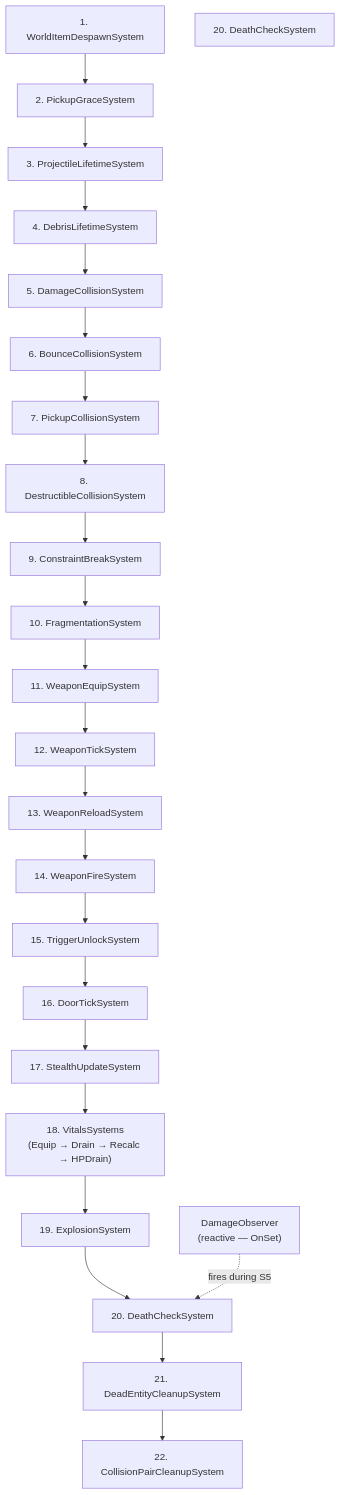
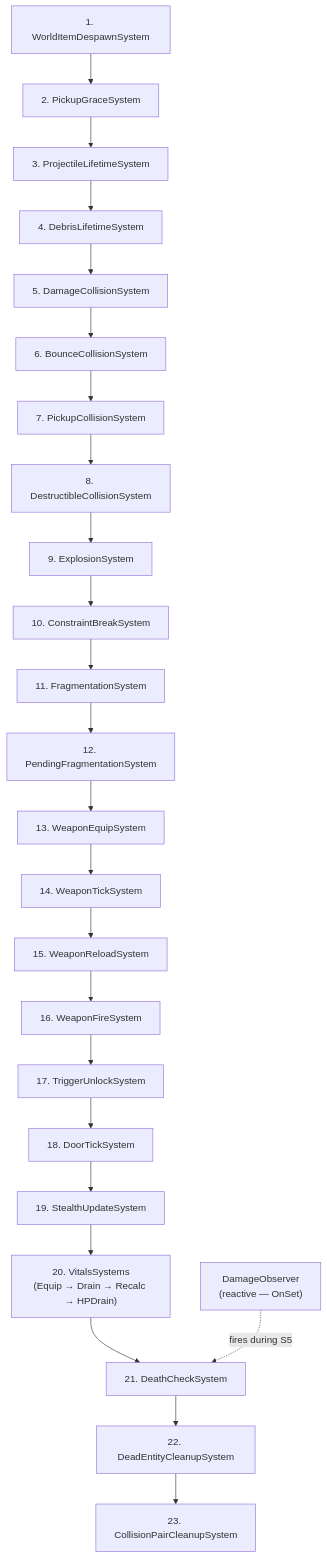
Before and after one commit to bluesteelll/FatumGame: the diagram in docs/systems/system-execution-order.md, drawn with Mermaid. The commit also changed other lines of this file and 6 other files, not shown here.

````diff
--- a/docs/systems/system-execution-order.md
+++ b/docs/systems/system-execution-order.md
@@ -11,38 +11,38 @@
 ```mermaid
 graph TD
     DamageObs["DamageObserver<br/>(reactive — OnSet)"]
 
     S1["1. WorldItemDespawnSystem"]
     S2["2. PickupGraceSystem"]
     S3["3. ProjectileLifetimeSystem"]
     S4["4. DebrisLifetimeSystem"]
     S5["5. DamageCollisionSystem"]
     S6["6. BounceCollisionSystem"]
     S7["7. PickupCollisionSystem"]
     S8["8. DestructibleCollisionSystem"]
-    S9["9. ConstraintBreakSystem"]
-    S10["10. FragmentationSystem"]
-    S11["11. WeaponEquipSystem"]
-    S12["12. WeaponTickSystem"]
-    S13["13. WeaponReloadSystem"]
-    S14["14. WeaponFireSystem"]
-    S15["15. TriggerUnlockSystem"]
-    S16["16. DoorTickSystem"]
-    S17["17. StealthUpdateSystem"]
-    S18["18. VitalsSystems<br/>(Equip → Drain → Recalc → HPDrain)"]
-    S18b["19. ExplosionSystem"]
-    S19["20. DeathCheckSystem"]
-    S20["20. DeathCheckSystem"]
-    S21["21. DeadEntityCleanupSystem"]
-    S22["22. CollisionPairCleanupSystem"]
+    S8b["9. ExplosionSystem"]
+    S9["10. ConstraintBreakSystem"]
+    S10["11. FragmentationSystem"]
+    S10b["12. PendingFragmentationSystem"]
+    S11["13. WeaponEquipSystem"]
+    S12["14. WeaponTickSystem"]
+    S13["15. WeaponReloadSystem"]
+    S14["16. WeaponFireSystem"]
+    S15["17. TriggerUnlockSystem"]
+    S16["18. DoorTickSystem"]
+    S17["19. StealthUpdateSystem"]
+    S18["20. VitalsSystems<br/>(Equip → Drain → Recalc → HPDrain)"]
+    S20["21. DeathCheckSystem"]
+    S21["22. DeadEntityCleanupSystem"]
+    S22["23. CollisionPairCleanupSystem"]
 
     S1 --> S2 --> S3 --> S4
     S4 --> S5 --> S6 --> S7 --> S8
-    S8 --> S9 --> S10
-    S10 --> S11 --> S12 --> S13 --> S14
+    S8 --> S8b --> S9 --> S10 --> S10b
+    S10b --> S11 --> S12 --> S13 --> S14
     S14 --> S15 --> S16
     S16 --> S17 --> S18
-    S18 --> S18b --> S20 --> S21 --> S22
+    S18 --> S20 --> S21 --> S22
 
     DamageObs -.->|"fires during S5"| S20
 ```
````
